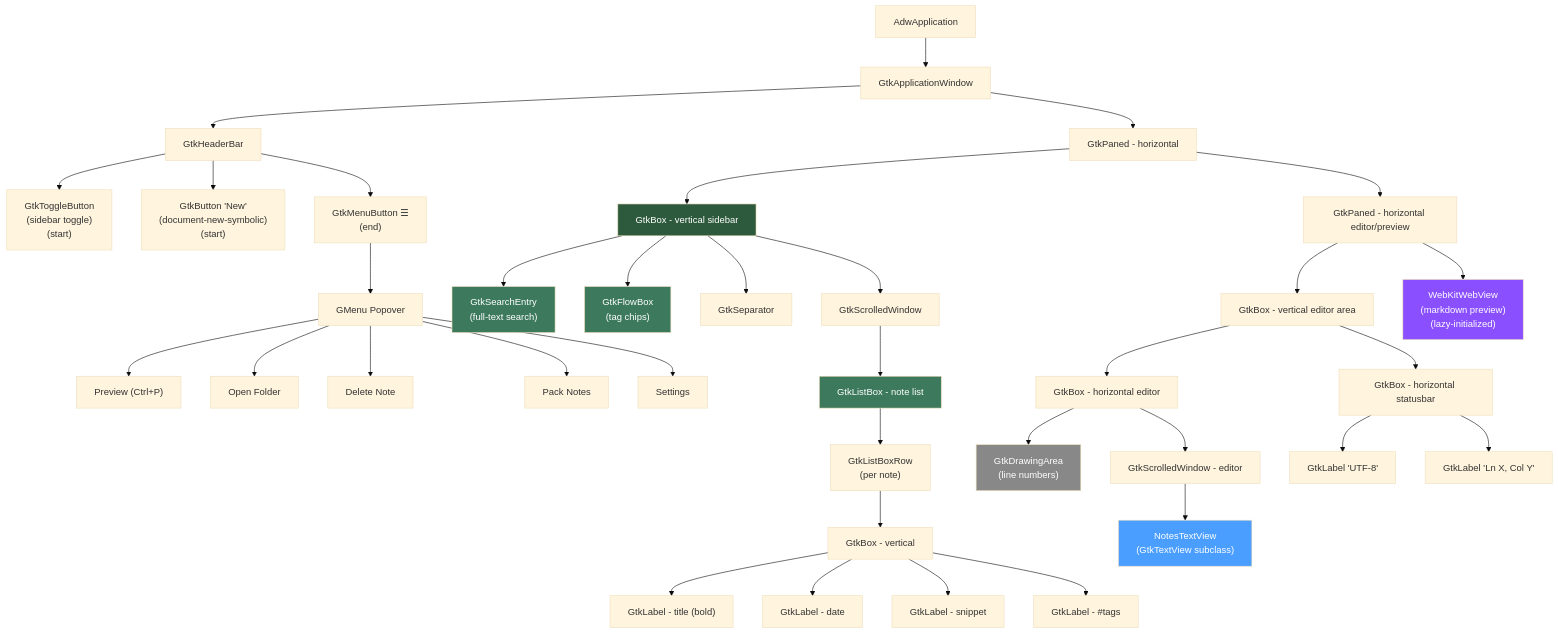
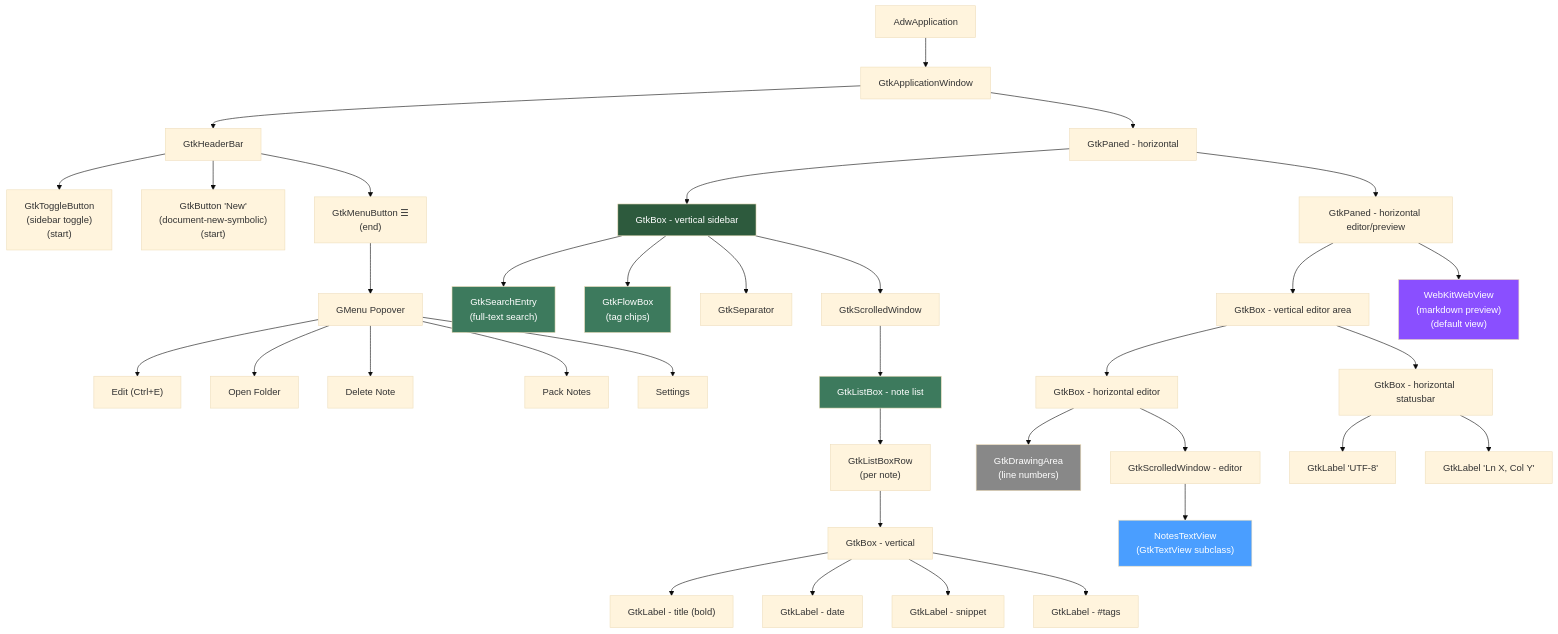
Before and after one commit to dkrse/notes-desktop: the first of 7 diagrams in docs/diagrams.md, drawn with Mermaid (base theme). The commit also changed other lines of this file and 8 other files, not shown here.

````diff
--- a/docs/diagrams.md
+++ b/docs/diagrams.md
@@ -5,52 +5,52 @@
 ```mermaid
 graph TD
     A[AdwApplication] --> B[GtkApplicationWindow]
     B --> C[GtkHeaderBar]
     B --> P[GtkPaned - horizontal]
 
     C --> C0["GtkToggleButton<br/>(sidebar toggle)<br/>(start)"]
     C --> C4["GtkButton 'New'<br/>(document-new-symbolic)<br/>(start)"]
     C --> C2["GtkMenuButton ☰<br/>(end)"]
     C2 --> C3[GMenu Popover]
-    C3 --> C3p["Preview (Ctrl+P)"]
+    C3 --> C3e["Edit (Ctrl+E)"]
     C3 --> C3a["Open Folder"]
     C3 --> C3d["Delete Note"]
     C3 --> C3b["Pack Notes"]
     C3 --> C3c["Settings"]
 
     P --> SB[GtkBox - vertical sidebar]
     P --> PP[GtkPaned - horizontal editor/preview]
     PP --> EV[GtkBox - vertical editor area]
-    PP --> WK["WebKitWebView<br/>(markdown preview)<br/>(lazy-initialized)"]
+    PP --> WK["WebKitWebView<br/>(markdown preview)<br/>(default view)"]
 
     SB --> SE["GtkSearchEntry<br/>(full-text search)"]
     SB --> TF["GtkFlowBox<br/>(tag chips)"]
     SB --> SP[GtkSeparator]
     SB --> LS[GtkScrolledWindow]
     LS --> LB[GtkListBox - note list]
     LB --> LR["GtkListBoxRow<br/>(per note)"]
     LR --> NB["GtkBox - vertical"]
     NB --> NT["GtkLabel - title (bold)"]
     NB --> ND["GtkLabel - date"]
     NB --> NS["GtkLabel - snippet"]
     NB --> NG["GtkLabel - #tags"]
 
     EV --> E[GtkBox - horizontal editor]
     EV --> F[GtkBox - horizontal statusbar]
 
     E --> G["GtkDrawingArea<br/>(line numbers)"]
     E --> H[GtkScrolledWindow - editor]
 
     H --> H1["NotesTextView<br/>(GtkTextView subclass)"]
 
     F --> F1["GtkLabel 'UTF-8'"]
     F --> F2["GtkLabel 'Ln X, Col Y'"]
 
     style H1 fill:#4a9eff,color:#fff
     style G fill:#888,color:#fff
     style WK fill:#8a4fff,color:#fff
     style SB fill:#2d5a3d,color:#fff
     style SE fill:#3d7a5d,color:#fff
     style TF fill:#3d7a5d,color:#fff
     style LB fill:#3d7a5d,color:#fff
 ```
````
